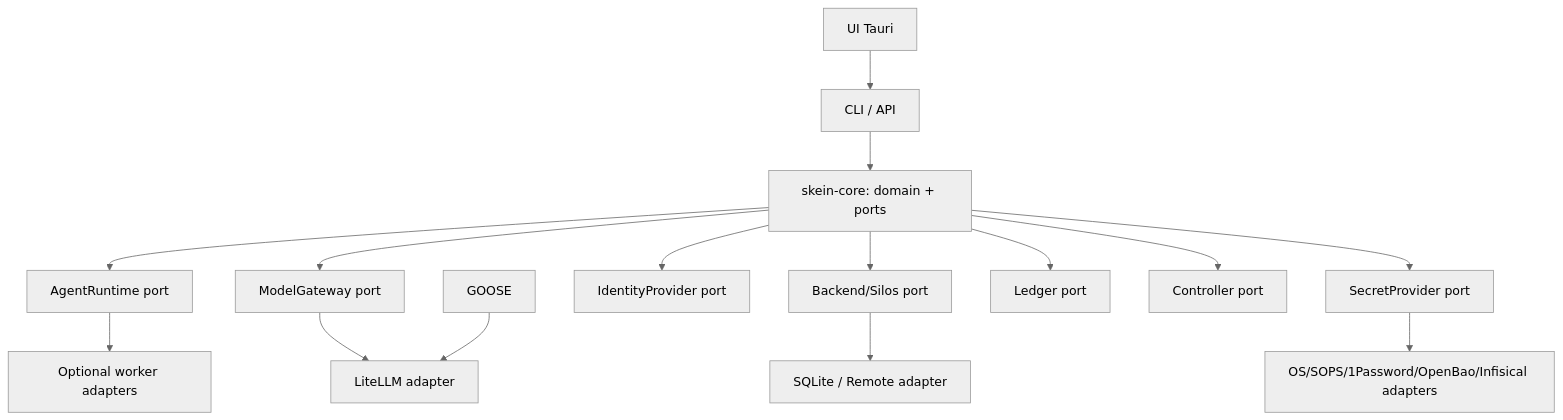
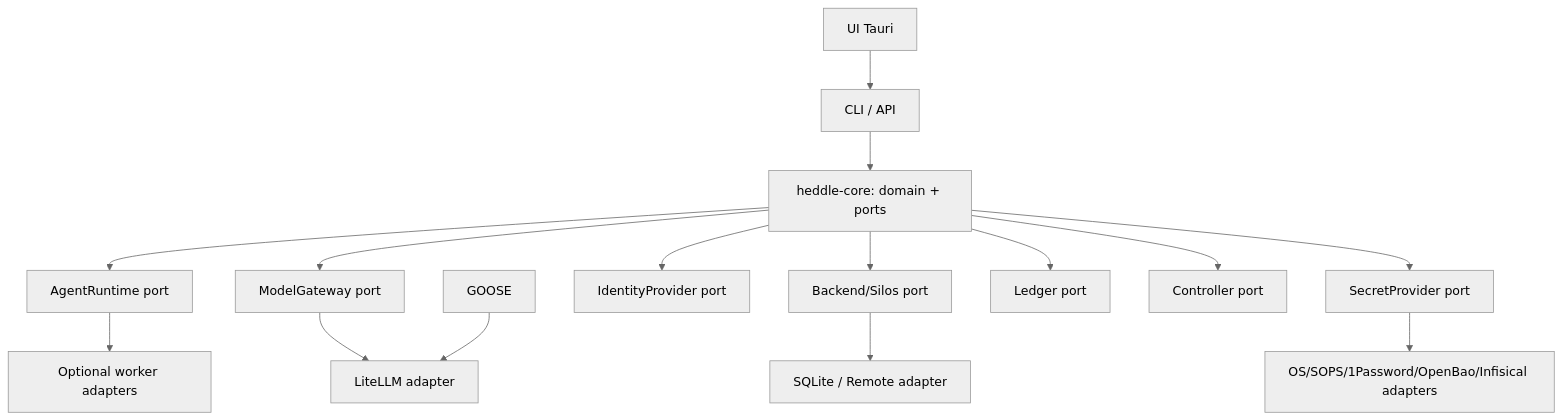
Before and after one commit to K4M1coder/heddle: the diagram in _bmad-output/planning-artifacts/architecture.md, drawn with Mermaid (neutral theme). The commit also changed other lines of this file and 331 other files, not shown here.

First line of the commit message:
refactor: rename the project from Skein to Heddle

````diff
--- a/_bmad-output/planning-artifacts/architecture.md
+++ b/_bmad-output/planning-artifacts/architecture.md
@@ -82,17 +82,17 @@
 ```mermaid
 graph TD
   UI[UI Tauri] --> CLI[CLI / API]
-  CLI --> CORE[skein-core: domain + ports]
+  CLI --> CORE[heddle-core: domain + ports]
   CORE --> RT[AgentRuntime port]
   CORE --> GW[ModelGateway port]
   CORE --> BK[Backend/Silos port]
   CORE --> ID[IdentityProvider port]
   CORE --> SEC[SecretProvider port]
   CORE --> LED[Ledger port]
   CORE --> CTL[Controller port]
   RT --> WORKERS[Optional worker adapters]
   GW --> LITELLM[LiteLLM adapter]
   BK --> SQLITE[SQLite / Remote adapter]
   SEC --> KEYRING[OS/SOPS/1Password/OpenBao/Infisical adapters]
   GOOSE --> LITELLM
 ```
````
